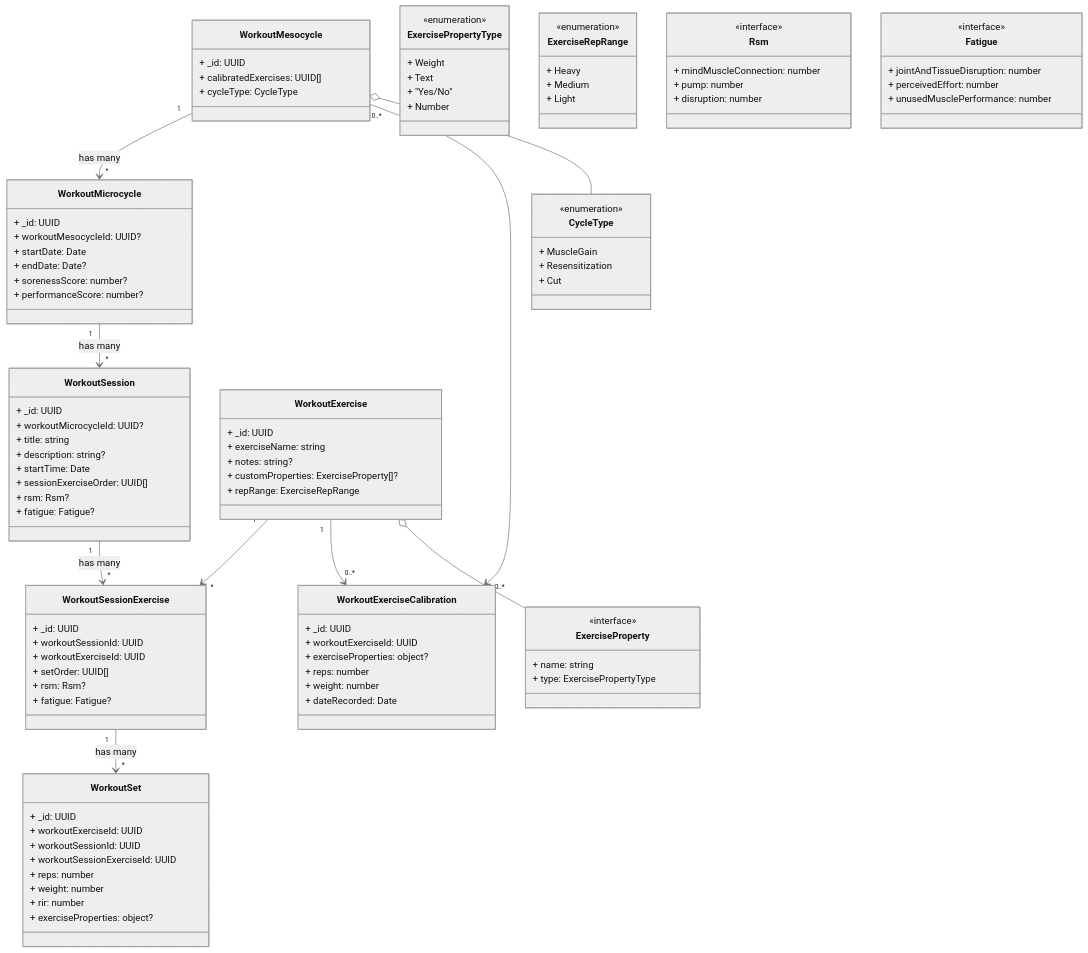
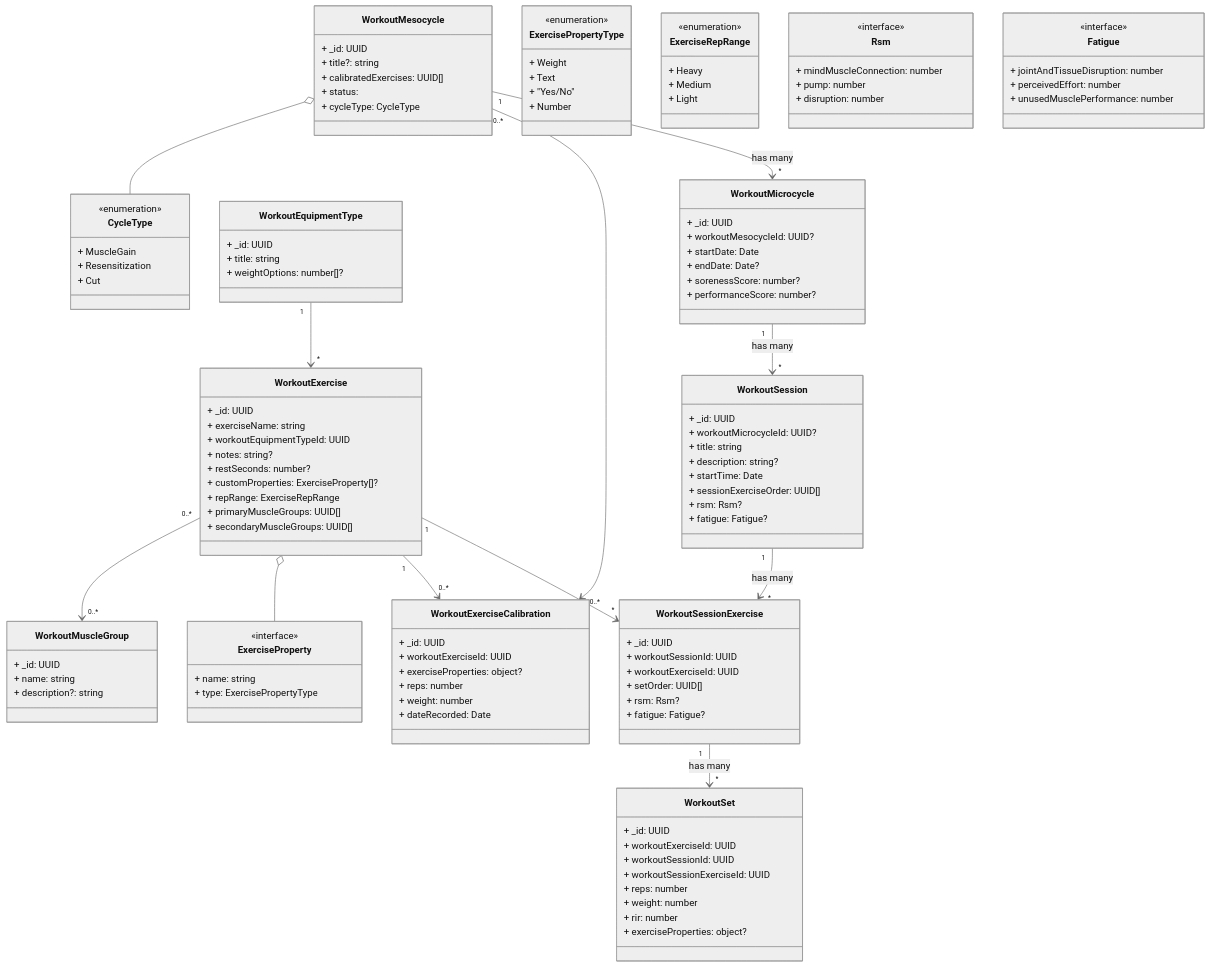
One commit to aneuhold/ts-libs changed the first of 2 diagrams in packages/core-ts-db-lib/src/documents/dashboard/workouts/workouts.md. Above: the diagram before and after it, drawn with Mermaid (neutral theme). The commit also changed other lines of this file, not shown here.

Commit message:
Update models

````diff
--- a/packages/core-ts-db-lib/src/documents/dashboard/workouts/workouts.md
+++ b/packages/core-ts-db-lib/src/documents/dashboard/workouts/workouts.md
@@ -6,7 +6,9 @@
 classDiagram
   class WorkoutMesocycle {
     + _id: UUID
+    + title?: string
     + calibratedExercises: UUID[]
+    + status:
     + cycleType: CycleType
   }
 
@@ -53,9 +55,25 @@
   class WorkoutExercise {
     + _id: UUID
     + exerciseName: string
+    + workoutEquipmentTypeId: UUID
     + notes: string?
+    + restSeconds: number?
     + customProperties: ExerciseProperty[]?
     + repRange: ExerciseRepRange
+    + primaryMuscleGroups: UUID[]
+    + secondaryMuscleGroups: UUID[]
+  }
+
+  class WorkoutMuscleGroup {
+    + _id: UUID
+    + name: string
+    + description?: string
+  }
+
+  class WorkoutEquipmentType {
+    + _id: UUID
+    + title: string
+    + weightOptions: number[]?
   }
 
   class WorkoutExerciseCalibration {
@@ -109,6 +127,7 @@
     + Cut
   }
 
+  WorkoutEquipmentType "1" --> "*" WorkoutExercise
   WorkoutExercise "1" --> "*" WorkoutSessionExercise
   WorkoutSession "1" --> "*" WorkoutSessionExercise : has many
   WorkoutSessionExercise "1" --> "*" WorkoutSet : has many
@@ -118,4 +137,5 @@
   WorkoutMesocycle "0..*" --> "0..*" WorkoutExerciseCalibration
   WorkoutMesocycle o-- CycleType
   WorkoutExercise o-- ExerciseProperty
+  WorkoutExercise "0..*" --> "0..*" WorkoutMuscleGroup
 ```
````
